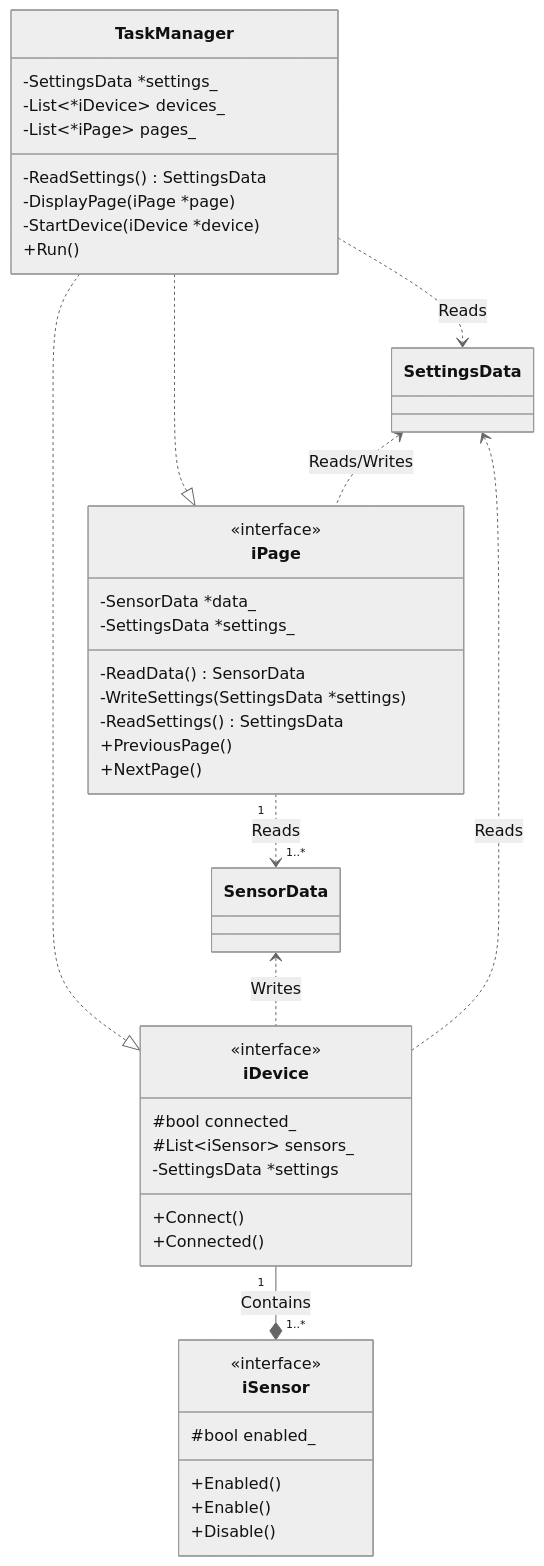
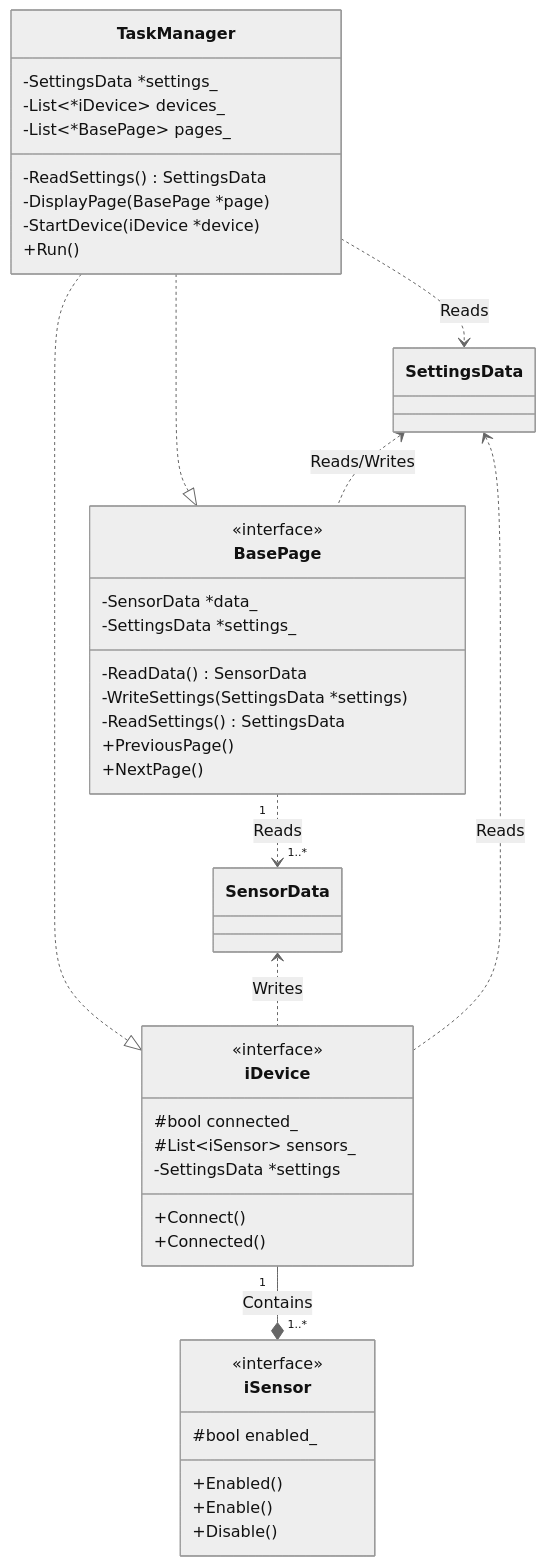
The diagram in DIAGRAM.md (juliannojungle/pedal.guru), drawn with Mermaid (neutral theme) before and after one commit. The commit also changed 16 other files, not shown here.

````diff
--- a/DIAGRAM.md
+++ b/DIAGRAM.md
@@ -26,67 +26,67 @@
 ```mermaid
 classDiagram
 
 class SettingsData
 
 link SettingsData "https://github.com/juliannojungle/OpenCC/blob/main/src/opencc.hpp"
 
 class TaskManager {
     -SettingsData *settings_
     -List~*iDevice~ devices_
-    -List~*iPage~ pages_
+    -List~*BasePage~ pages_
     -ReadSettings() SettingsData
-    -DisplayPage(iPage *page)
+    -DisplayPage(BasePage *page)
     -StartDevice(iDevice *device)
     +Run()
 }
 
 link TaskManager "https://github.com/juliannojungle/OpenCC/blob/main/src/task_manager.cpp"
-TaskManager ..|> iPage
+TaskManager ..|> BasePage
 TaskManager ..|> iDevice
 TaskManager ..> SettingsData : Reads
 
-class iPage {
+class BasePage {
     <<interface>>
     -SensorData *data_
     -SettingsData *settings_
     -ReadData() SensorData
     -WriteSettings(SettingsData *settings)
     -ReadSettings() SettingsData
     +PreviousPage()
     +NextPage()
 }
 
-link iPage "https://github.com/juliannojungle/OpenCC/blob/main/src/gui/pages/iPage.hpp"
+link BasePage "https://github.com/juliannojungle/OpenCC/blob/main/src/gui/pages/BasePage.cpp"
 
 class iSensor {
     <<interface>>
     #bool enabled_
     +Enabled()
     +Enable()
     +Disable()
 }
 
 link iSensor "https://github.com/juliannojungle/OpenCC/blob/main/src/sensors/iSensor.hpp"
 
 class iDevice {
     <<interface>>
     #bool connected_
     #List~iSensor~ sensors_
     -SettingsData *settings
     +Connect()
     +Connected()
 }
 
 link iDevice "https://github.com/juliannojungle/OpenCC/blob/main/src/devices/iDevice.hpp"
 
 class SensorData
 
 link SensorData "https://github.com/juliannojungle/OpenCC/blob/main/src/opencc.hpp"
 
 iDevice "1" --* "1..*" iSensor : Contains
 SensorData <.. iDevice : Writes
 
-iPage "1" ..> "1..*" SensorData : Reads
-SettingsData <.. iPage : Reads/Writes
+BasePage "1" ..> "1..*" SensorData : Reads
+SettingsData <.. BasePage : Reads/Writes
 iDevice ..> SettingsData : Reads
 ```
````
